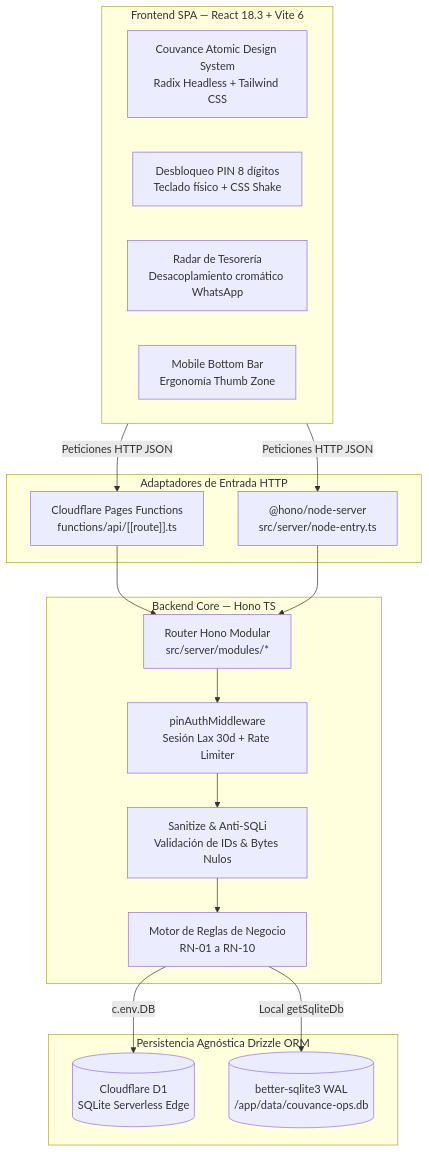
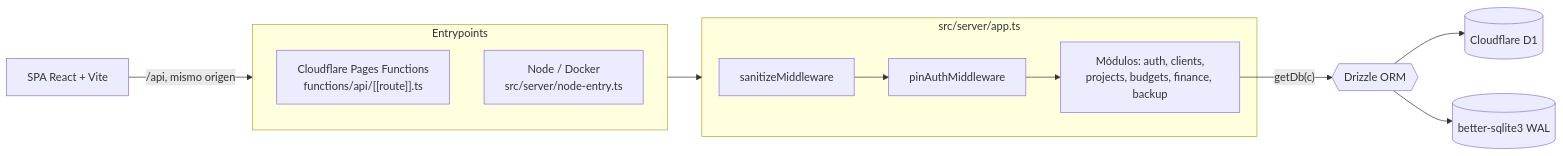
Before and after one commit to alfonsojms/couvance-ops: the diagram in README.md, drawn with Mermaid. The commit also changed other lines of this file and 5 other files, not shown here.

````diff
--- a/README.md
+++ b/README.md
@@ -58,36 +62,19 @@
 ```mermaid
-flowchart TD
-    subgraph Client [Frontend SPA — React 18.3 + Vite 6]
-        UI[Couvance Atomic Design System<br/>Radix Headless + Tailwind CSS]
-        Unlock[Desbloqueo PIN 8 dígitos<br/>Teclado físico + CSS Shake]
-        Radar[Radar de Tesorería<br/>Desacoplamiento cromático WhatsApp]
-        BottomNav[Mobile Bottom Bar<br/>Ergonomía Thumb Zone]
+flowchart LR
+    SPA[SPA React + Vite] -->|/api, mismo origen| EP
+
+    subgraph EP [Entrypoints]
+        CF["Cloudflare Pages Functions<br/>functions/api/[[route]].ts"]
+        NODE["Node / Docker<br/>src/server/node-entry.ts"]
     end
 
-    subgraph Entrypoints [Adaptadores de Entrada HTTP]
-        CFPages["Cloudflare Pages Functions<br/>functions/api/[[route]].ts"]
-        NodeServer["@hono/node-server<br/>src/server/node-entry.ts"]
+    EP --> APP
+
+    subgraph APP [src/server/app.ts]
+        SAN[sanitizeMiddleware] --> AUTH[pinAuthMiddleware] --> MOD[Módulos: auth, clients,<br/>projects, budgets, finance, backup]
     end
 
-    subgraph Backend [Backend Core — Hono TS]
-        Router[Router Hono Modular<br/>src/server/modules/*]
-        AuthMW[pinAuthMiddleware<br/>Sesión Lax 30d + Rate Limiter]
-        SanitizeMW[Sanitize & Anti-SQLi<br/>Validación de IDs & Bytes Nulos]
-        Rules[Motor de Reglas de Negocio<br/>RN-01 a RN-10]
-    end
-
-    subgraph Persistence [Persistencia Agnóstica Drizzle ORM]
-        D1[(Cloudflare D1<br/>SQLite Serverless Edge)]
-        SQLite[(better-sqlite3 WAL<br/>/app/data/couvance-ops.db)]
-    end
-
-    Client -->|Peticiones HTTP JSON| CFPages
-    Client -->|Peticiones HTTP JSON| NodeServer
-    CFPages --> Router
-    NodeServer --> Router
-    Router --> AuthMW
-    AuthMW --> SanitizeMW
-    SanitizeMW --> Rules
-    Rules -->|c.env.DB| D1
-    Rules -->|Local getSqliteDb| SQLite
+    MOD -->|"getDb(c)"| DB{{Drizzle ORM}}
+    DB --> D1[(Cloudflare D1)]
+    DB --> SQL[(better-sqlite3 WAL)]
 ```
````
